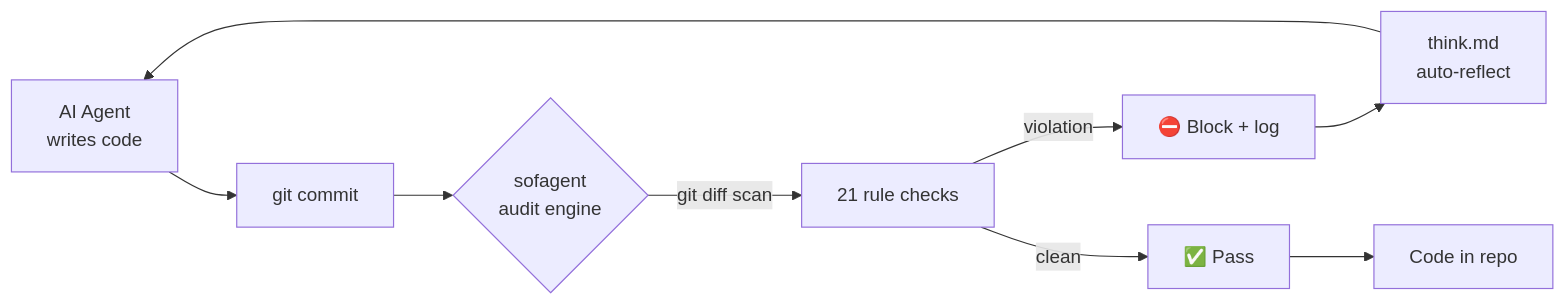
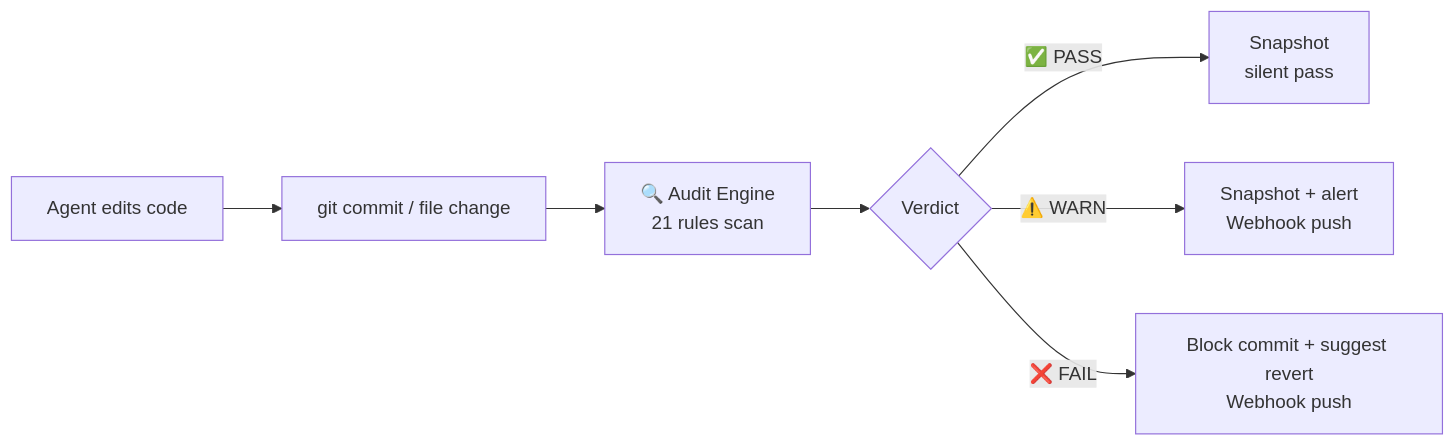
Before and after one commit to KongFangXun/sofagent: the first of 2 diagrams in README.en.md, drawn with Mermaid. The commit also changed other lines of this file and 1 other file, not shown here.

````diff
--- a/README.en.md
+++ b/README.en.md
@@ -193,11 +61,9 @@
 ```mermaid
-graph LR
-    A[AI Agent<br/>writes code] --> B[git commit]
-    B --> C{sofagent<br/>audit engine}
-    C -->|git diff scan| D[21 rule checks]
-    D -->|violation| E[⛔ Block + log]
-    D -->|clean| F[✅ Pass]
-    E --> G[think.md<br/>auto-reflect]
-    F --> H[Code in repo]
-    G --> A
+flowchart LR
+    A[Agent edits code] --> B[git commit / file change]
+    B --> C[🔍 Audit Engine<br/>21 rules scan]
+    C --> D{Verdict}
+    D -->|✅ PASS| E[Snapshot<br/>silent pass]
+    D -->|⚠️ WARN| F[Snapshot + alert<br/>Webhook push]
+    D -->|❌ FAIL| G[Block commit + suggest revert<br/>Webhook push]
 ```
````
